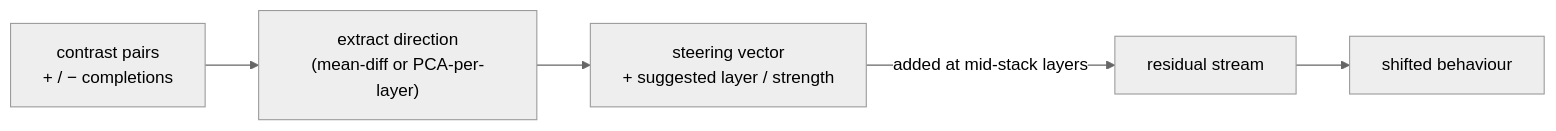
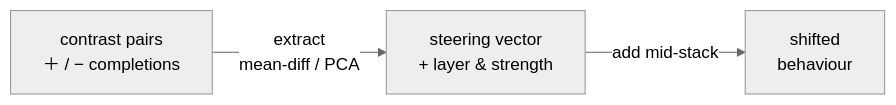
The second of 2 diagrams in README.md (moudrkat/brainscope), drawn with Mermaid (neutral theme) before and after one commit. The commit also changed other lines of this file, not shown here.

Commit message:
another readme update: better diagrams :)

````diff
--- a/README.md
+++ b/README.md
@@ -132,7 +119,5 @@
 ```mermaid
 flowchart LR
-  pairs["contrast pairs<br/>+ / − completions"] --> extract["extract direction<br/>(mean-diff or PCA-per-layer)"]
-  extract --> vec["steering vector<br/>+ suggested layer / strength"]
-  vec -->|"added at mid-stack layers"| stream["residual stream"]
-  stream --> out["shifted behaviour"]
+  pairs["contrast pairs<br/>＋ / − completions"] -->|"extract<br/>mean-diff / PCA"| vec["steering vector<br/>+ layer &amp; strength"]
+  vec -->|"add mid-stack"| out["shifted<br/>behaviour"]
 ```
````
